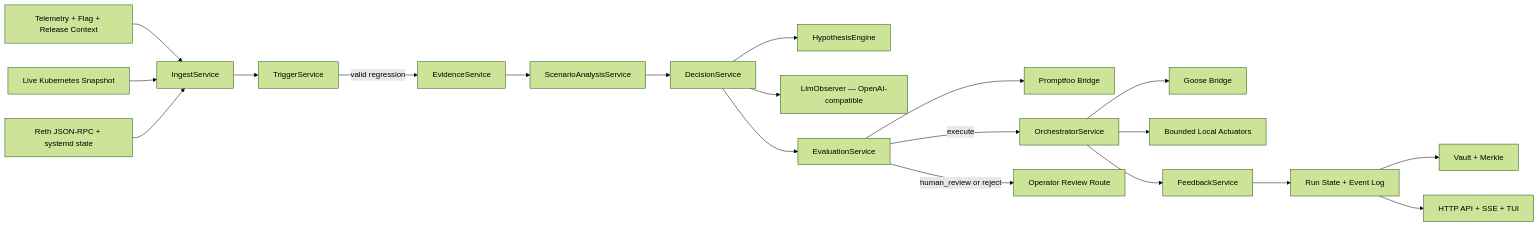
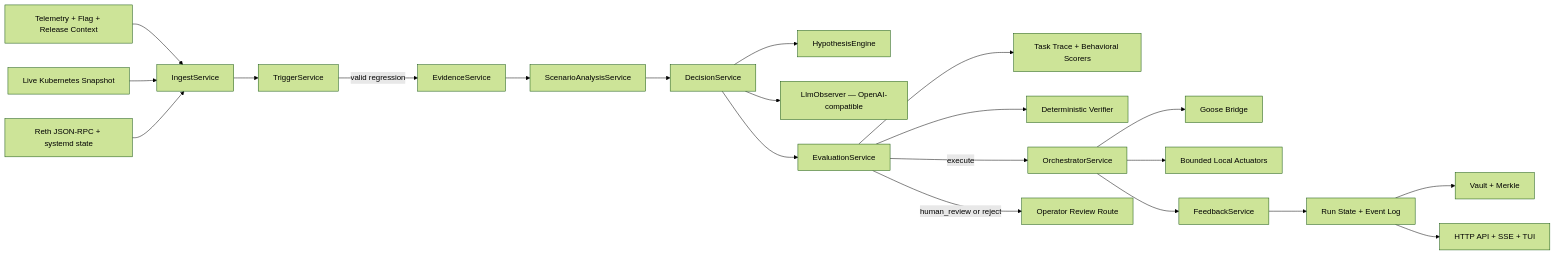
The first of 3 diagrams in architecture.md (LusisLabs/orbital-mesh), drawn with Mermaid (forest theme) before and after one commit. The commit also changed other lines of this file and 117 other files, not shown here.

````diff
--- a/architecture.md
+++ b/architecture.md
@@ -20,22 +20,23 @@
 ```mermaid
 flowchart LR
     raw[Telemetry + Flag + Release Context] --> ingest[IngestService]
     k8s[Live Kubernetes Snapshot] --> ingest
     reth[Reth JSON-RPC + systemd state] --> ingest
     ingest --> trigger[TriggerService]
     trigger -->|valid regression| evidence[EvidenceService]
     evidence --> scenario[ScenarioAnalysisService]
     scenario --> decision[DecisionService]
     decision --> hypothesis[HypothesisEngine]
     decision --> observer[LlmObserver — OpenAI-compatible]
     decision --> evaluation[EvaluationService]
-    evaluation --> promptfoo[Promptfoo Bridge]
+    evaluation --> trajectory[Task Trace + Behavioral Scorers]
+    evaluation --> verifier[Deterministic Verifier]
     evaluation -->|execute| orchestrator[OrchestratorService]
     evaluation -->|human_review or reject| operator[Operator Review Route]
     orchestrator --> goose[Goose Bridge]
     orchestrator --> actuators[Bounded Local Actuators]
     orchestrator --> feedback[FeedbackService]
     feedback --> state[Run State + Event Log]
     state --> vault[Vault + Merkle]
     state --> api[HTTP API + SSE + TUI]
 ```
````
